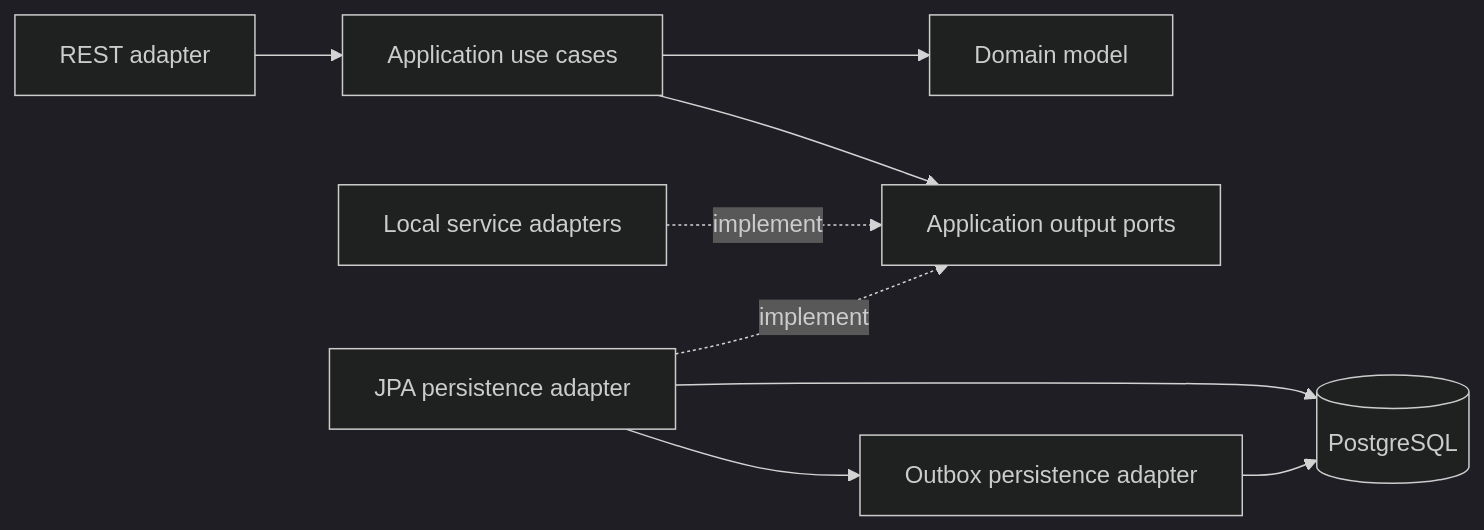
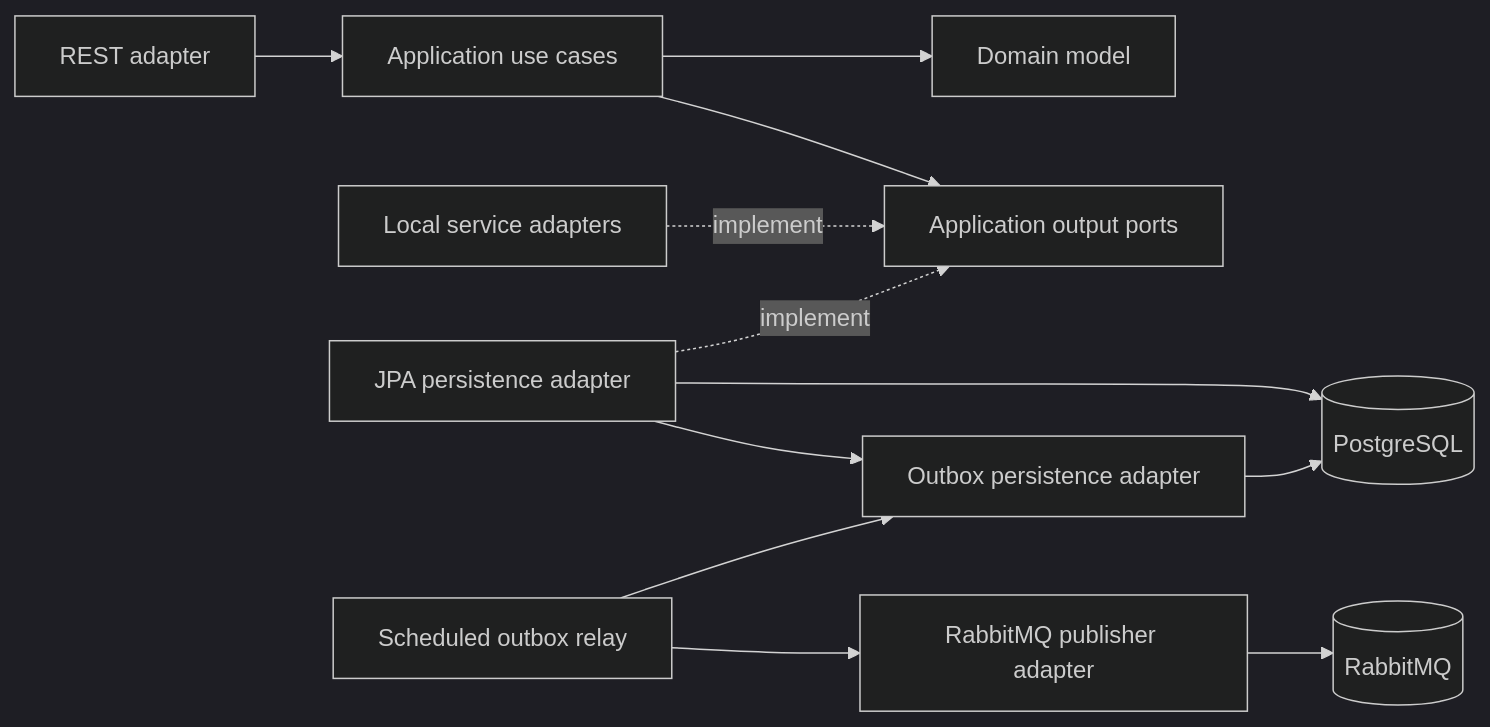
The first of 5 diagrams in docs/architecture/overview.md (tmcly/credit-contract-manager), drawn with Mermaid (dark theme) before and after one commit. The commit also changed other lines of this file and 17 other files, not shown here.

Commit message:
feat: publish outbox events with RabbitMQ

````diff
--- a/docs/architecture/overview.md
+++ b/docs/architecture/overview.md
@@ -15,11 +15,14 @@
 ```mermaid
 flowchart LR
     HTTP["REST adapter"] --> APP["Application use cases"]
     APP --> DOMAIN["Domain model"]
     APP --> PORTS["Application output ports"]
     STUBS["Local service adapters"] -. implement .-> PORTS
     PERSISTENCE["JPA persistence adapter"] -. implement .-> PORTS
     PERSISTENCE --> PG[("PostgreSQL")]
     OUTBOX["Outbox persistence adapter"] --> PG
     PERSISTENCE --> OUTBOX
+    RELAY["Scheduled outbox relay"] --> OUTBOX
+    RELAY --> PUBLISHER["RabbitMQ publisher adapter"]
+    PUBLISHER --> MQ[("RabbitMQ")]
 ```
````
